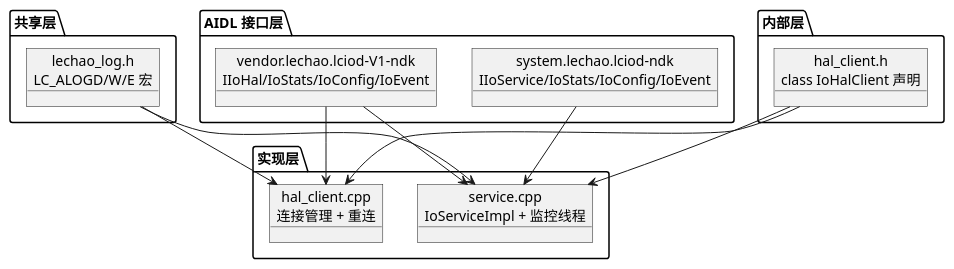
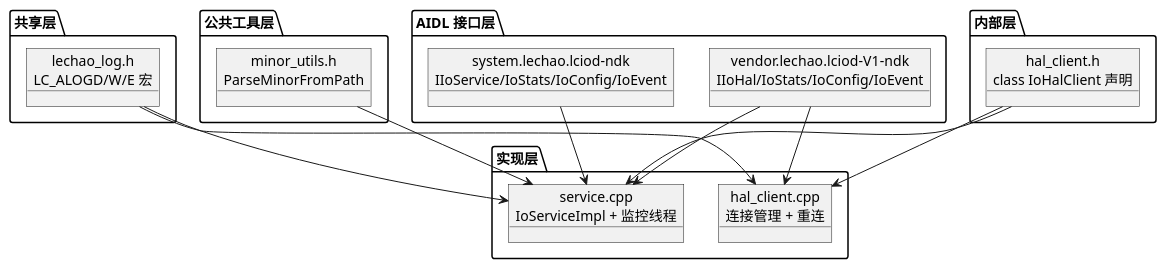
Before and after one commit to lechao365/AndroidSystemEnhance: the tenth of 17 diagrams in 02-IO增强/02.03-Daemon增强-lciod-daemon.md, drawn with PlantUML. The commit also changed other lines of this file and 28 other files, not shown here.

````diff
--- a/02-IO增强/02.03-Daemon增强-lciod-daemon.md
+++ b/02-IO增强/02.03-Daemon增强-lciod-daemon.md
@@ -438,29 +465,34 @@
 ```plantuml
 @startuml
 package "共享层" as shared {
     object "lechao_log.h\nLC_ALOGD/W/E 宏" as LOG
+}
+
+package "公共工具层" as common {
+    object "minor_utils.h\nParseMinorFromPath" as MINOR
 }
 
 package "AIDL 接口层" as aidl {
     object "system.lechao.lciod-ndk\nIIoService/IoStats/IoConfig/IoEvent" as AIDL_S
     object "vendor.lechao.lciod-V1-ndk\nIIoHal/IoStats/IoConfig/IoEvent" as AIDL_V
 }
 
 package "内部层" as internal {
     object "hal_client.h\nclass IoHalClient 声明" as HC_H
 }
 
 package "实现层" as impl {
     object "hal_client.cpp\n连接管理 + 重连" as HC_CPP
     object "service.cpp\nIoServiceImpl + 监控线程" as SVC_CPP
 }
 
 LOG --> HC_CPP
 LOG --> SVC_CPP
+MINOR --> SVC_CPP
 AIDL_S --> SVC_CPP
 AIDL_V --> HC_CPP
 AIDL_V --> SVC_CPP
 HC_H --> HC_CPP
 HC_H --> SVC_CPP
 @enduml
 ```
````
